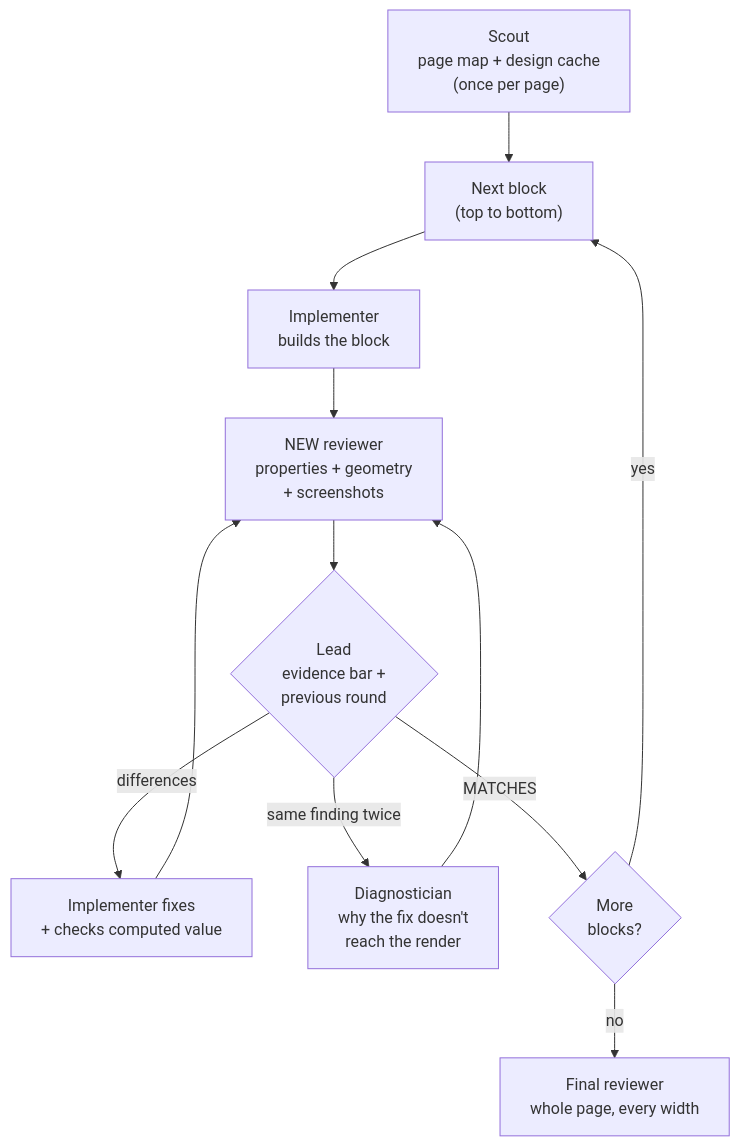
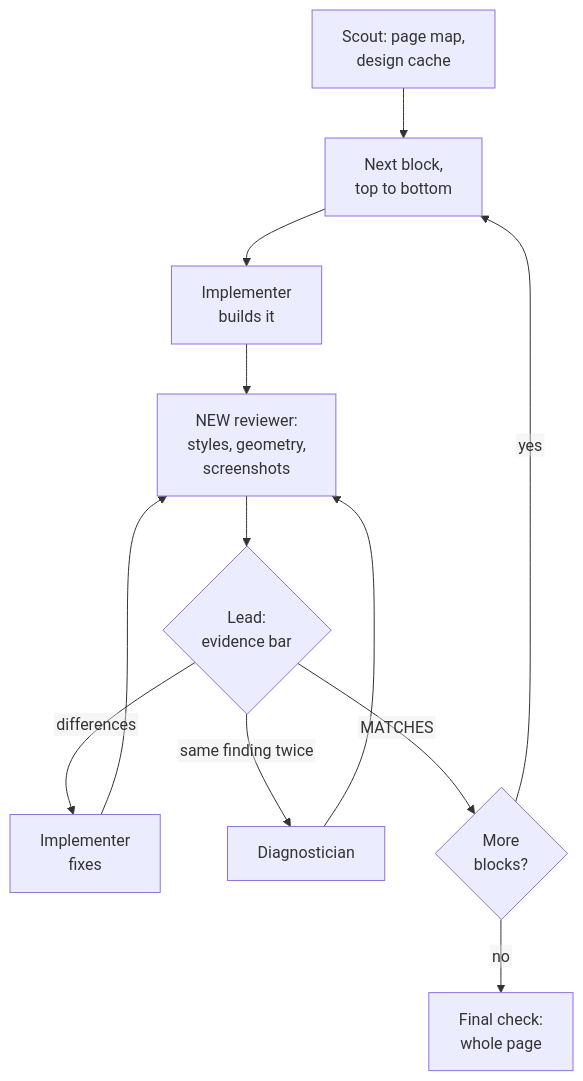
Before and after one commit to EvgeniiMeleshkov/iterative-layout-development: the diagram in README.md, drawn with Mermaid.

Commit message:
docs: render diagram labels as plain text so they fit

````diff
--- a/README.md
+++ b/README.md
@@ -25,14 +25,24 @@
 ```mermaid
+%%{init: {"flowchart": {"htmlLabels": false, "wrappingWidth": 160}}}%%
 flowchart TD
-    A["Scout<br/>page map + design cache<br/>(once per page)"] --> B["Next block<br/>(top to bottom)"]
-    B --> C["Implementer<br/>builds the block"]
-    C --> D["NEW reviewer<br/>properties + geometry<br/>+ screenshots"]
-    D --> E{"Lead<br/>evidence bar +<br/>previous round"}
-    E -- "differences" --> F["Implementer fixes<br/>+ checks computed value"]
+    A["Scout: page map,
+    design cache"] --> B["Next block,
+    top to bottom"]
+    B --> C["Implementer
+    builds it"]
+    C --> D["NEW reviewer:
+    styles, geometry,
+    screenshots"]
+    D --> E{"Lead:
+    evidence bar"}
+    E -- differences --> F["Implementer
+    fixes"]
     F --> D
-    E -- "same finding twice" --> G["Diagnostician<br/>why the fix doesn't<br/>reach the render"]
+    E -- same finding twice --> G["Diagnostician"]
     G --> D
-    E -- "MATCHES" --> H{"More<br/>blocks?"}
-    H -- "yes" --> B
-    H -- "no" --> I["Final reviewer<br/>whole page, every width"]
+    E -- MATCHES --> H{"More
+    blocks?"}
+    H -- yes --> B
+    H -- no --> I["Final check:
+    whole page"]
 ```
````
